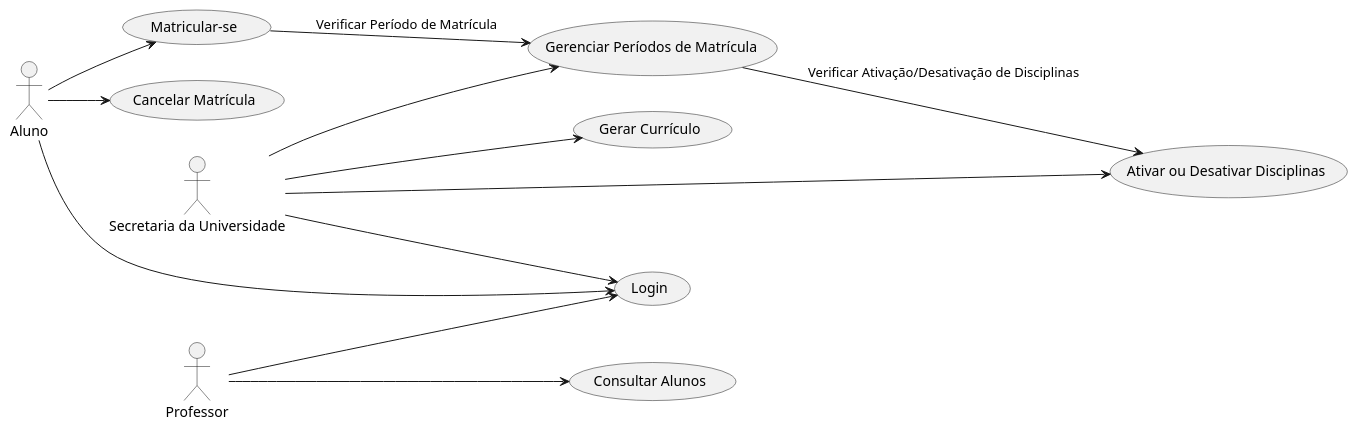
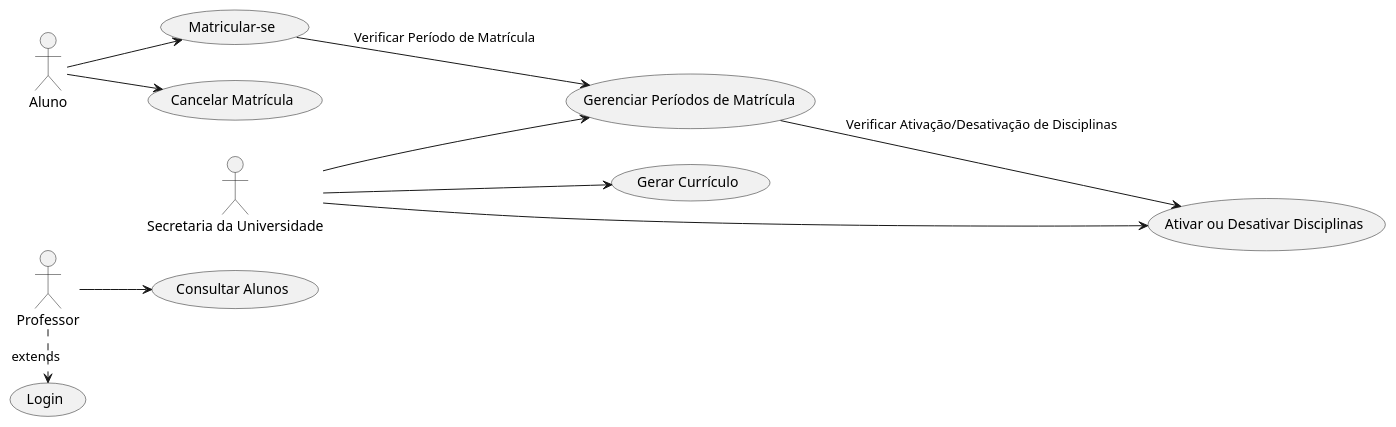
One commit to LuisMSouza/LabSoftware changed the diagram in projeto/Diagrama_caso_de_uso.puml. Above: the diagram before and after it, drawn with PlantUML. The commit also changed 3 other files, not shown here.

```diff
--- a/projeto/Diagrama_caso_de_uso.puml
+++ b/projeto/Diagrama_caso_de_uso.puml
@@ -1,29 +1,26 @@
 @startuml
 left to right direction
 actor Aluno as aluno
 actor "Secretaria da Universidade" as secretaria
 actor Professor as professor
 
 usecase "Matricular-se" as Matricular
 usecase "Cancelar Matrícula" as CancelarMatricula
 usecase "Gerar Currículo" as GerarCurriculo
 usecase "Gerenciar Períodos de Matrícula" as GerenciarPeriodos
 usecase "Ativar ou Desativar Disciplinas" as GerenciarDisciplinas
 usecase "Consultar Alunos" as ConsultarAlunos
 usecase "Login" as Login
 
 aluno --> Matricular
 aluno --> CancelarMatricula
-aluno --> Login
 
 secretaria --> GerarCurriculo
 secretaria --> GerenciarPeriodos
 secretaria --> GerenciarDisciplinas
-secretaria --> Login
 
 professor --> ConsultarAlunos
-professor --> Login
-
+professor .> Login : extends
 Matricular --> GerenciarPeriodos : "Verificar Período de Matrícula"
 GerenciarPeriodos --> GerenciarDisciplinas : "Verificar Ativação/Desativação de Disciplinas"
 @enduml
```
